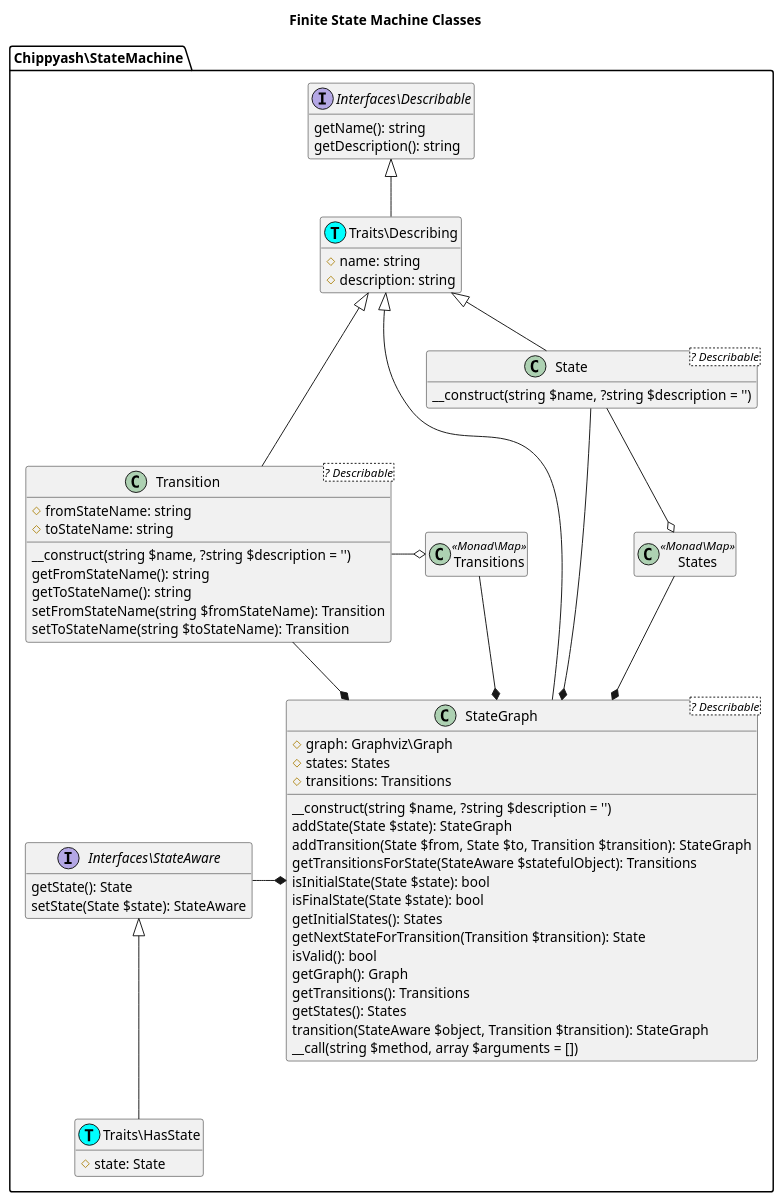
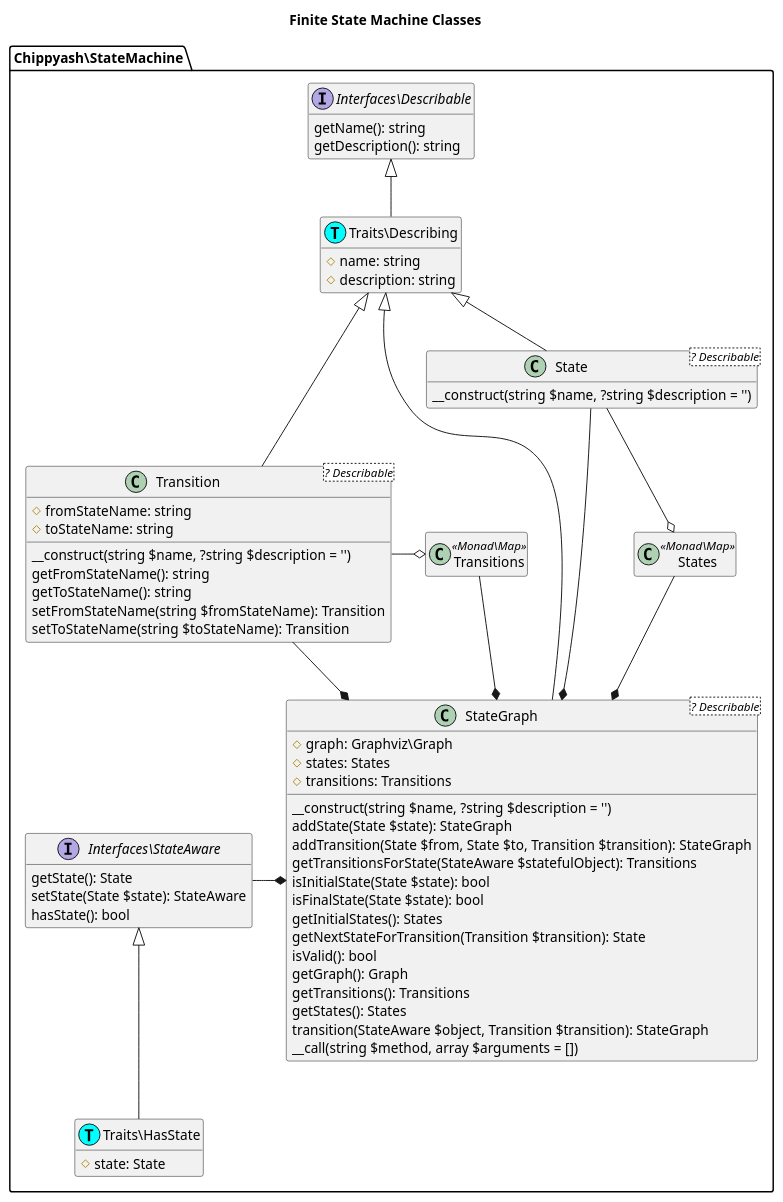
Before and after one commit to the-matrix/finite-state-machine: the diagram in docs/state-machine-classes.puml, drawn with PlantUML. The commit also changed 7 other files, not shown here.

```diff
--- a/docs/state-machine-classes.puml
+++ b/docs/state-machine-classes.puml
@@ -1,81 +1,82 @@
 @startuml
 hide empty members
 title Finite State Machine Classes
 namespace Chippyash\StateMachine {
     interface "Interfaces\Describable" as Describable {
         getName(): string
         getDescription(): string
     }
 
     interface "Interfaces\StateAware" as StateAware {
         getState(): State
         setState(State $state): StateAware
+        hasState(): bool
     }
 
 	class "Traits\HasState" as HasState << (T, cyan) >> {
 		#state: State
 	}
 	StateAware <|-- HasState
 
     class "Traits\Describing" as Describing << (T, cyan)>>  {
         #name: string
         #description: string
     }
     Describable <|-- Describing
 
     class State <? Describable>{
         __construct(string $name, ?string $description = '')
     }
 
     class StateGraph <? Describable>{
         #graph: Graphviz\Graph
         #states: States
         #transitions: Transitions
         __construct(string $name, ?string $description = '')
         addState(State $state): StateGraph
         addTransition(State $from, State $to, Transition $transition): StateGraph
         getTransitionsForState(StateAware $statefulObject): Transitions
         isInitialState(State $state): bool
         isFinalState(State $state): bool
         getInitialStates(): States
         getNextStateForTransition(Transition $transition): State
         isValid(): bool
         getGraph(): Graph
         getTransitions(): Transitions
         getStates(): States
         transition(StateAware $object, Transition $transition): StateGraph
         __call(string $method, array $arguments = [])
     }
 
     class States <<Monad\Map>> {
 
     }
     State --o States
 
     class Transition <? Describable>{
     	#fromStateName: string
     	#toStateName: string
         __construct(string $name, ?string $description = '')
         getFromStateName(): string
         getToStateName(): string
         setFromStateName(string $fromStateName): Transition
         setToStateName(string $toStateName): Transition
     }
     Transition -o Transitions
 
     Describing <|-- State
     Describing <|-- Transition
     Describing <|-- StateGraph
 
     class Transitions <<Monad\Map>> {
 
     }
 
 	StateAware -* StateGraph
     Transition --* StateGraph
     Transitions --* StateGraph
     State --* StateGraph
     States --* StateGraph
 
 }
 @enduml
```
